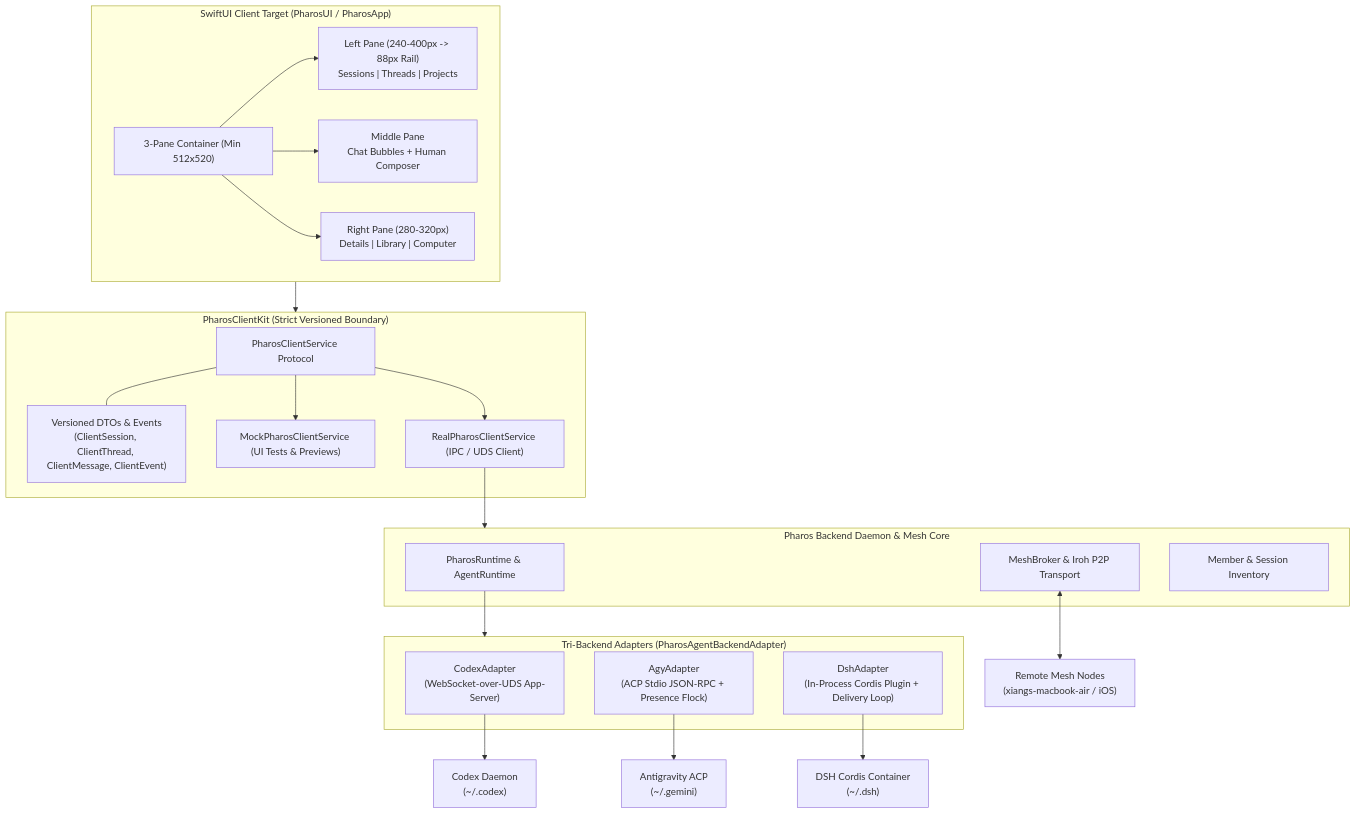
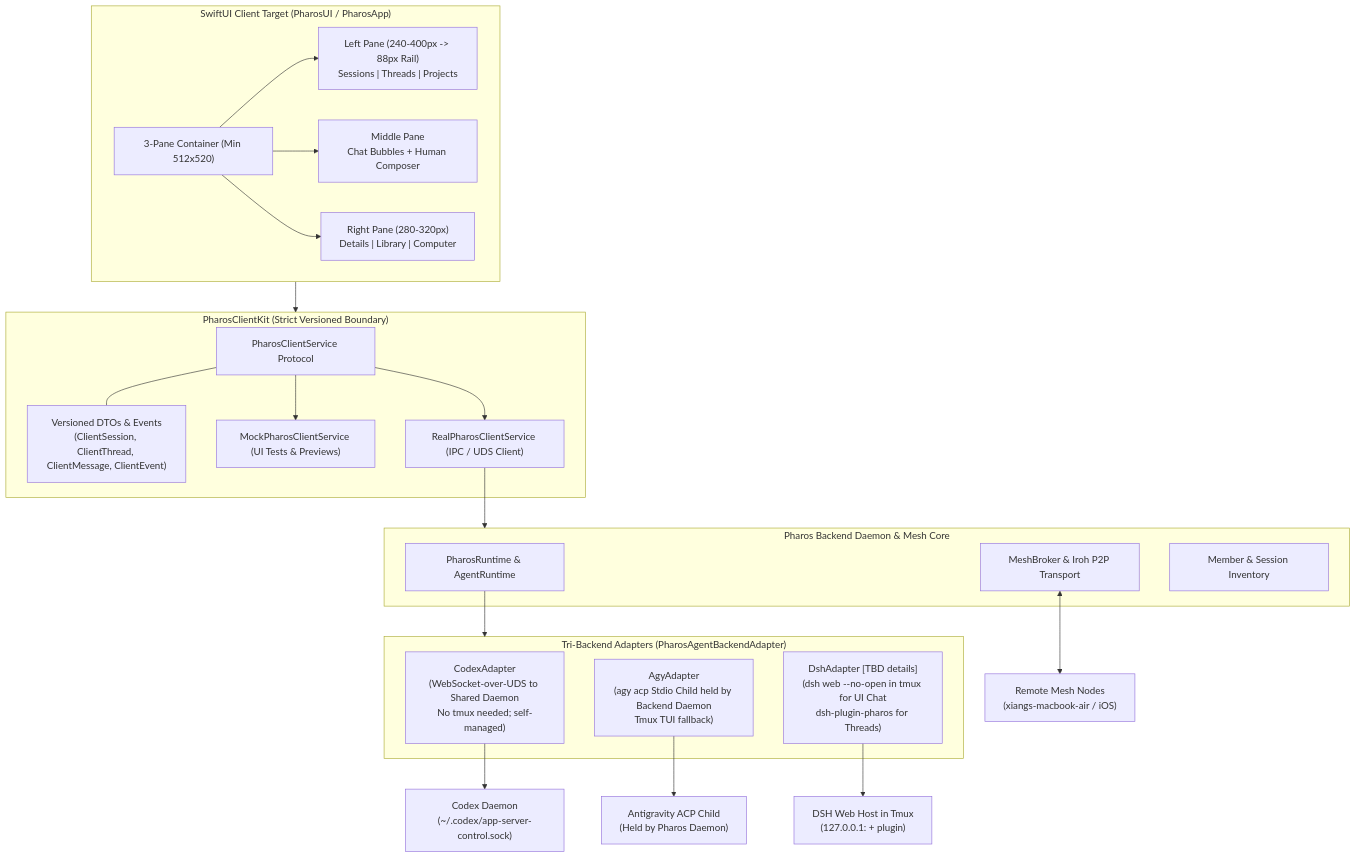
One commit to baixianger/pharos changed the first of 2 diagrams in .agy-tasks/PLAN.md. Above: the diagram before and after it, drawn with Mermaid. The commit also changed other lines of this file, not shown here.

````diff
--- a/.agy-tasks/PLAN.md
+++ b/.agy-tasks/PLAN.md
@@ -123,42 +134,42 @@
 ```mermaid
 flowchart TD
     subgraph UI ["SwiftUI Client Target (PharosUI / PharosApp)"]
         Nav["3-Pane Container (Min 512x520)"]
         LeftPane["Left Pane (240-400px -> 88px Rail)<br>Sessions | Threads | Projects"]
         MidPane["Middle Pane<br>Chat Bubbles + Human Composer"]
         RightPane["Right Pane (280-320px)<br>Details | Library | Computer"]
         Nav --> LeftPane
         Nav --> MidPane
         Nav --> RightPane
     end
 
     subgraph API ["PharosClientKit (Strict Versioned Boundary)"]
         Service["PharosClientService Protocol"]
         DTOs["Versioned DTOs & Events<br>(ClientSession, ClientThread, ClientMessage, ClientEvent)"]
         Mock["MockPharosClientService (UI Tests & Previews)"]
         Real["RealPharosClientService (IPC / UDS Client)"]
         Service --- DTOs
         Service --> Mock
         Service --> Real
     end
 
     subgraph Backend ["Pharos Backend Daemon & Mesh Core"]
         Runtime["PharosRuntime & AgentRuntime"]
         Broker["MeshBroker & Iroh P2P Transport"]
         Registry["Member & Session Inventory"]
     end
 
     subgraph Adapters ["Tri-Backend Adapters (PharosAgentBackendAdapter)"]
-        CodexAd["CodexAdapter<br>(WebSocket-over-UDS App-Server)"]
-        AgyAd["AgyAdapter<br>(ACP Stdio JSON-RPC + Presence Flock)"]
-        DshAd["DshAdapter<br>(In-Process Cordis Plugin + Delivery Loop)"]
+        CodexAd["CodexAdapter<br>(WebSocket-over-UDS to Shared Daemon<br>No tmux needed; self-managed)"]
+        AgyAd["AgyAdapter<br>(agy acp Stdio Child held by Backend Daemon<br>Tmux TUI fallback)"]
+        DshAd["DshAdapter [TBD details]<br>(dsh web --no-open in tmux for UI Chat<br>dsh-plugin-pharos for Threads)"]
     end
 
     UI --> API
     Real --> Backend
     Runtime --> Adapters
-    CodexAd --> CodexCLI["Codex Daemon<br>(~/.codex)"]
-    AgyAd --> AgyCLI["Antigravity ACP<br>(~/.gemini)"]
-    DshAd --> DshCLI["DSH Cordis Container<br>(~/.dsh)"]
+    CodexAd --> CodexCLI["Codex Daemon<br>(~/.codex/app-server-control.sock)"]
+    AgyAd --> AgyCLI["Antigravity ACP Child<br>(Held by Pharos Daemon)"]
+    DshAd --> DshCLI["DSH Web Host in Tmux<br>(127.0.0.1:<port> + plugin)"]
     Broker <--> RemoteMesh["Remote Mesh Nodes<br>(xiangs-macbook-air / iOS)"]
 ```
````
